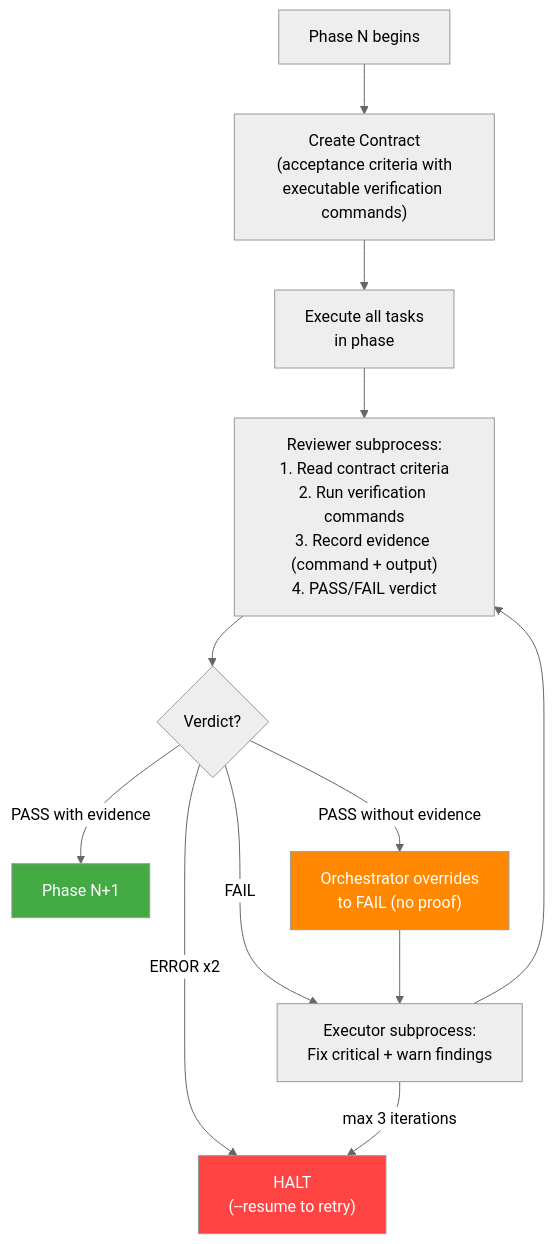
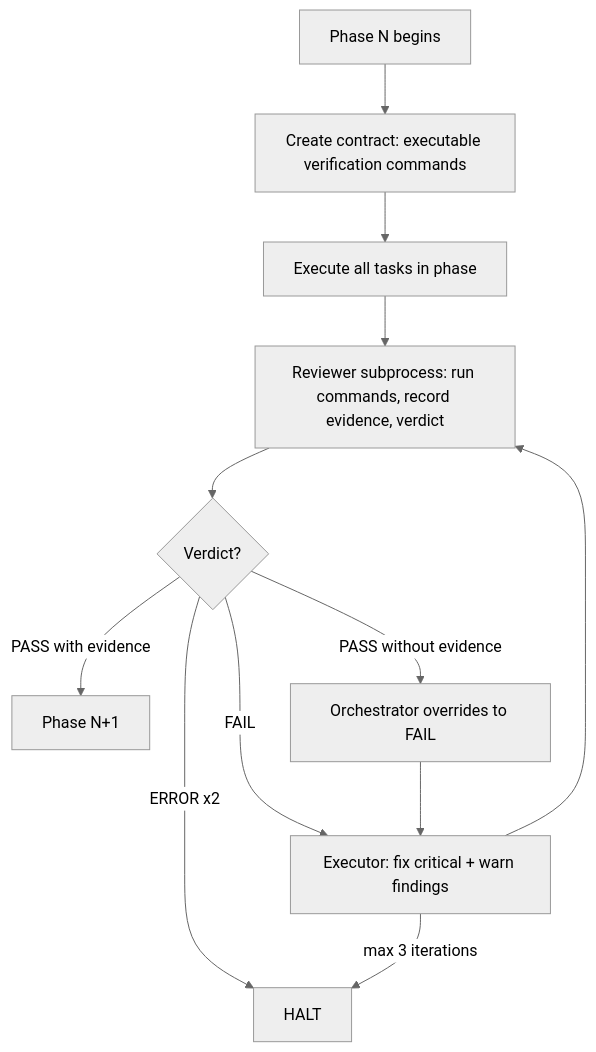
One commit to BIDEquity/outbid-dirigent changed the fifth of 6 diagrams in ARCHITECTURE.md. Above: the diagram before and after it, drawn with Mermaid (neutral theme). The commit also changed other lines of this file, not shown here.

First line of the commit message:
docs: regenerate ARCHITECTURE.md via /generate-architecture --update

````diff
--- a/ARCHITECTURE.md
+++ b/ARCHITECTURE.md
@@ -166,22 +288,14 @@
 ```mermaid
 flowchart TD
-    START["Phase N begins"] --> CONTRACT["Create Contract\n(acceptance criteria with\nexecutable verification commands)"]
-    CONTRACT --> EXECUTE["Execute all tasks\nin phase"]
-    EXECUTE --> REVIEW["Reviewer subprocess:\n1. Read contract criteria\n2. Run verification commands\n3. Record evidence (command + output)\n4. PASS/FAIL verdict"]
-
+    START[Phase N begins] --> CONTRACT[Create contract: executable verification commands]
+    CONTRACT --> EXECUTE[Execute all tasks in phase]
+    EXECUTE --> REVIEW[Reviewer subprocess: run commands, record evidence, verdict]
     REVIEW --> CHECK{Verdict?}
-    CHECK -->|PASS with evidence| NEXT["Phase N+1"]
-    CHECK -->|PASS without evidence| OVERRIDE["Orchestrator overrides\nto FAIL (no proof)"]
-    CHECK -->|FAIL| FIX["Executor subprocess:\nFix critical + warn findings"]
-    CHECK -->|ERROR x2| HALT["HALT execution"]
-
+    CHECK -->|PASS with evidence| NEXT[Phase N+1]
+    CHECK -->|PASS without evidence| OVERRIDE[Orchestrator overrides to FAIL]
+    CHECK -->|FAIL| FIX[Executor: fix critical + warn findings]
+    CHECK -->|ERROR x2| HALT[HALT]
     OVERRIDE --> FIX
     FIX --> REVIEW
     FIX -->|max 3 iterations| HALT
-
-    HALT["HALT\n(--resume to retry)"]
-
-    style HALT fill:#ff4444,color:#fff
-    style OVERRIDE fill:#ff8800,color:#fff
-    style NEXT fill:#44aa44,color:#fff
 ```
````
